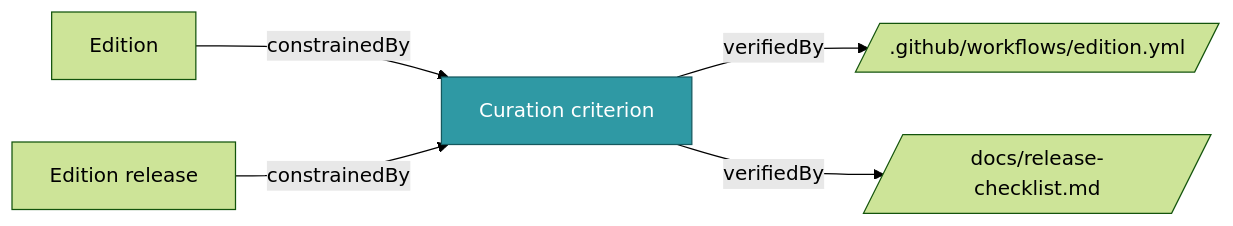
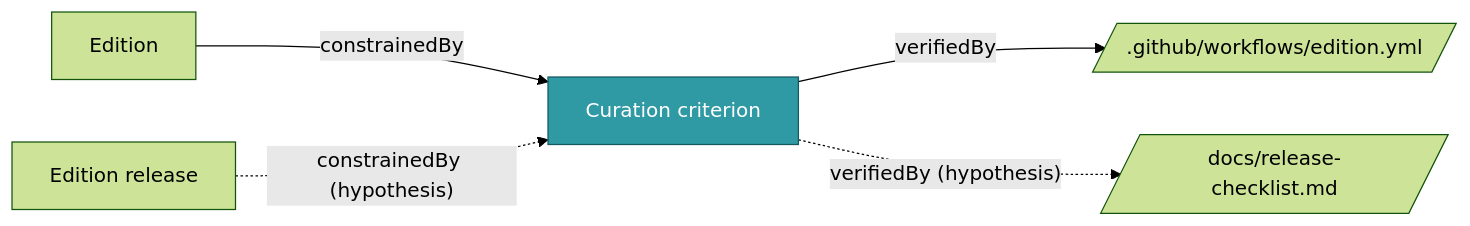
Before and after one commit to netresearch/typo3-ai-edition: the diagram in docs/ontology/concepts/curation-criterion.md, drawn with Mermaid (forest theme). The commit also changed other lines of this file and 13 other files, not shown here.

````diff
--- a/docs/ontology/concepts/curation-criterion.md
+++ b/docs/ontology/concepts/curation-criterion.md
@@ -19,14 +19,14 @@
 ```mermaid
 flowchart LR
   c["Curation criterion"]
   n1[/".github/workflows/edition.yml"/]
   n2[/"docs/release-checklist.md"/]
   n3["Edition"]
   n4["Edition release"]
   c -->|"verifiedBy"| n1
-  c -->|"verifiedBy"| n2
+  c -.->|"verifiedBy (hypothesis)"| n2
   n3 -->|"constrainedBy"| c
-  n4 -->|"constrainedBy"| c
+  n4 -.->|"constrainedBy (hypothesis)"| c
   classDef focus fill:#2F99A4,stroke:#15585E,color:#ffffff
   class c focus
 ```
````
